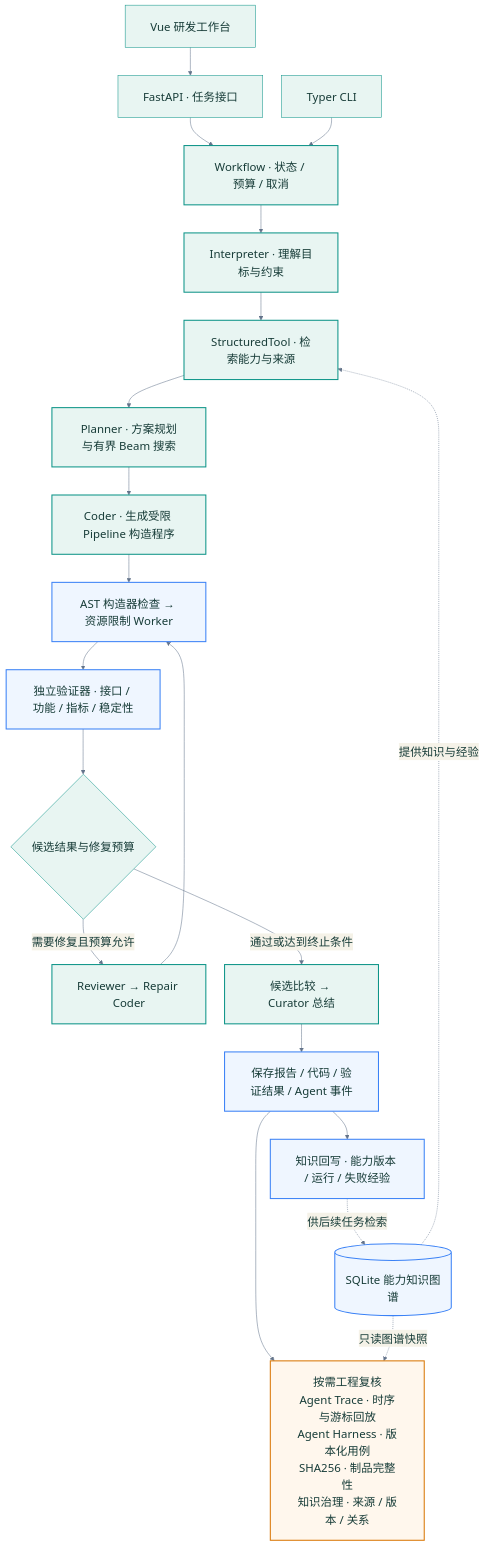
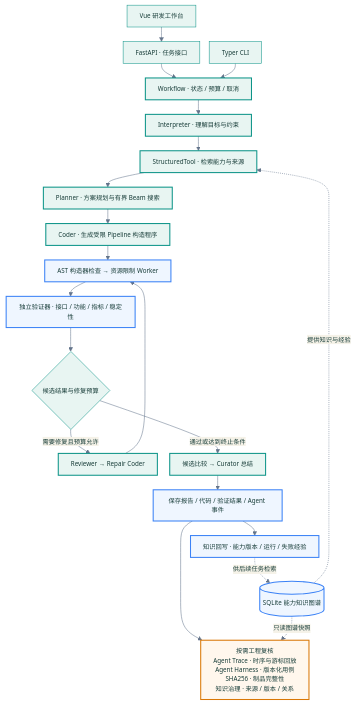
One commit to dengdeng55525/axiomforge changed the first of 2 diagrams in README.md. Above: the diagram before and after it, drawn with Mermaid. The commit also changed other lines of this file and 2 other files, not shown here.

````diff
--- a/README.md
+++ b/README.md
@@ -269,32 +289,32 @@
 ```mermaid
-%%{init: {"theme": "base", "themeVariables": {"fontSize": "22px", "primaryColor": "#e8f5f2", "primaryBorderColor": "#0d9488", "primaryTextColor": "#173c38", "lineColor": "#64748b", "clusterBkg": "#f8fafc", "clusterBorder": "#cbd5e1"}, "flowchart": {"nodeSpacing": 36, "rankSpacing": 54, "padding": 24, "curve": "basis"}}}%%
+%%{init: {"theme": "base", "themeVariables": {"fontSize": "12px", "primaryColor": "#e8f5f2", "primaryBorderColor": "#0d9488", "primaryTextColor": "#173c38", "lineColor": "#64748b", "clusterBkg": "#f8fafc", "clusterBorder": "#cbd5e1"}, "flowchart": {"nodeSpacing": 18, "rankSpacing": 28, "padding": 12, "curve": "basis"}}}%%
 flowchart TD
     WEB[Vue 研发工作台] --> API[FastAPI · 任务接口]
     API --> WF[Workflow · 状态 / 预算 / 取消]
     CLI[Typer CLI] --> WF
 
     WF --> I[Interpreter · 理解目标与约束]
     I --> R[StructuredTool · 检索能力与来源]
     KG[(SQLite 能力知识图谱)] -.提供知识与经验.-> R
     R --> P[Planner · 方案规划与有界 Beam 搜索]
     P --> C[Coder · 生成受限 Pipeline 构造程序]
     C --> X[AST 构造器检查 → 资源限制 Worker]
     X --> V[独立验证器 · 接口 / 功能 / 指标 / 稳定性]
     V --> D{候选结果与修复预算}
     D -->|需要修复且预算允许| FIX[Reviewer → Repair Coder]
     FIX --> X
     D -->|通过或达到终止条件| COMP[候选比较 → Curator 总结]
     COMP --> SAVE[保存报告 / 代码 / 验证结果 / Agent 事件]
     SAVE --> WRITE[知识回写 · 能力版本 / 运行 / 失败经验]
     WRITE -.供后续任务检索.-> KG
 
     SAVE --> READ[按需工程复核<br/>Agent Trace · 时序与游标回放<br/>Agent Harness · 版本化用例<br/>SHA256 · 制品完整性<br/>知识治理 · 来源 / 版本 / 关系]
     KG -.只读图谱快照.-> READ
 
     classDef runtime fill:#e8f5f2,stroke:#0d9488,stroke-width:2px
     classDef facts fill:#eff6ff,stroke:#3b82f6,stroke-width:2px
     classDef audit fill:#fff7ed,stroke:#d97706,stroke-width:2px
     class WF,I,R,P,C,FIX,COMP runtime
     class X,V,SAVE,WRITE,KG facts
     class READ audit
 ```
````
